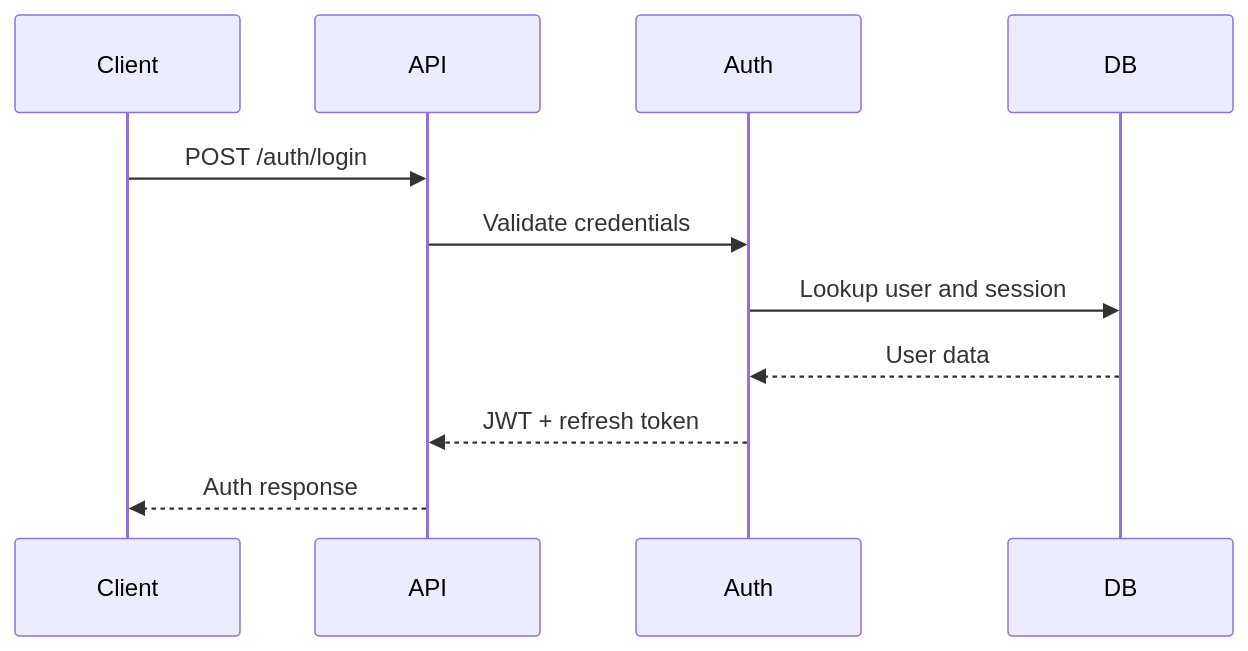
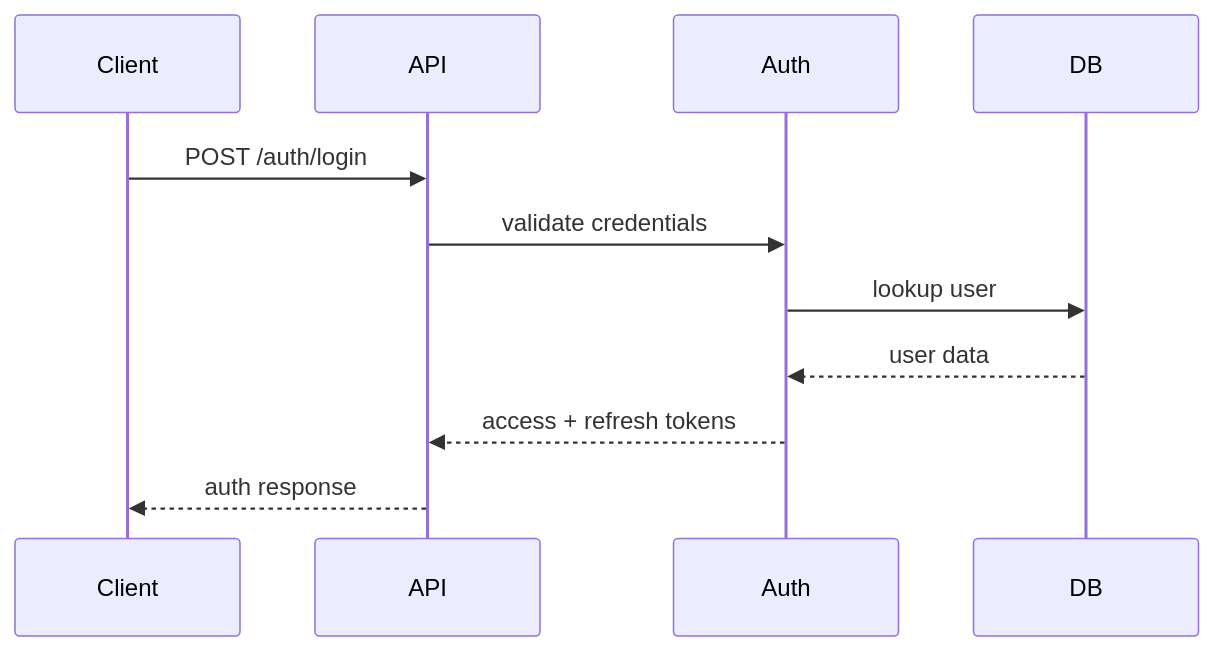
The diagram in docs/api.md (sultanmaliki/LinkedOut), drawn with Mermaid before and after one commit. The commit also changed other lines of this file and 35 other files, not shown here.

````diff
--- a/docs/api.md
+++ b/docs/api.md
@@ -65,13 +89,13 @@
 ```mermaid
 sequenceDiagram
   participant Client
   participant API
   participant Auth
   participant DB
   Client->>API: POST /auth/login
-  API->>Auth: Validate credentials
-  Auth->>DB: Lookup user and session
-  DB-->>Auth: User data
-  Auth-->>API: JWT + refresh token
-  API-->>Client: Auth response
+  API->>Auth: validate credentials
+  Auth->>DB: lookup user
+  DB-->>Auth: user data
+  Auth-->>API: access + refresh tokens
+  API-->>Client: auth response
 ```
````
